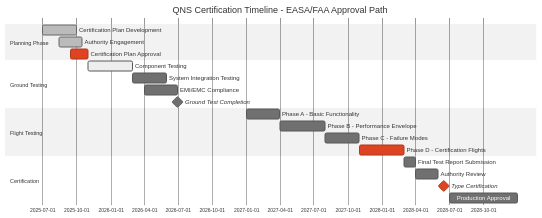
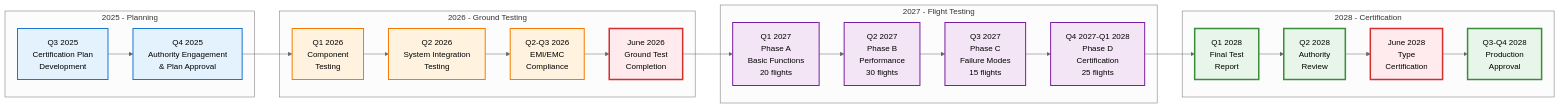
Before and after one commit to Robbbo-T/A-Q-U-A_V: the fifth of 7 diagrams in PRODUCT_LINES/QUANTUM/QUANTUM_SOFTWARE/DESIGN/QNS_NAVIGATION/DES_INTEGRATION/QUA-QNS01-25SVD0001-DES-BOB-IND-TD-QCSAA-918-000-00-01-TPL-DES-220-QIND-v1.0.0.md, drawn with Mermaid. The commit also changed other lines of this file, not shown here.

````diff
--- a/PRODUCT_LINES/QUANTUM/QUANTUM_SOFTWARE/DESIGN/QNS_NAVIGATION/DES_INTEGRATION/QUA-QNS01-25SVD0001-DES-BOB-IND-TD-QCSAA-918-000-00-01-TPL-DES-220-QIND-v1.0.0.md
+++ b/PRODUCT_LINES/QUANTUM/QUANTUM_SOFTWARE/DESIGN/QNS_NAVIGATION/DES_INTEGRATION/QUA-QNS01-25SVD0001-DES-BOB-IND-TD-QCSAA-918-000-00-01-TPL-DES-220-QIND-v1.0.0.md
@@ -418,28 +418,56 @@
 ```mermaid
-%%{init: {'theme':'neutral', 'gantt': {'numberSectionStyles': 4, 'fontSize': 12, 'fontFamily': 'Arial, sans-serif'}}}%%
-gantt
-    title QNS Certification Timeline - EASA/FAA Approval Path
-    dateFormat YYYY-MM-DD
-    section Planning Phase
-    Certification Plan Development     :done, plan1, 2025-07-01, 2025-09-30
-    Authority Engagement              :done, engage1, 2025-08-15, 2025-10-15
-    Certification Plan Approval       :crit, approval1, 2025-09-15, 2025-10-31
+%%{init: {'theme':'neutral', 'themeVariables': {'primaryTextColor':'#000', 'fontFamily':'Arial, sans-serif'}}}%%
+flowchart LR
+    subgraph "2025 - Planning"
+        A1[Q3 2025<br/>Certification Plan<br/>Development]
+        A2[Q4 2025<br/>Authority Engagement<br/>& Plan Approval]
+    end
     
-    section Ground Testing
-    Component Testing                 :active, test1, 2025-11-01, 2026-02-28
-    System Integration Testing        :test2, 2026-03-01, 2026-05-31
-    EMI/EMC Compliance               :test3, 2026-04-01, 2026-06-30
-    Ground Test Completion           :milestone, 2026-06-30, 0d
+    subgraph "2026 - Ground Testing"
+        B1[Q1 2026<br/>Component<br/>Testing]
+        B2[Q2 2026<br/>System Integration<br/>Testing]
+        B3[Q2-Q3 2026<br/>EMI/EMC<br/>Compliance]
+        B4[June 2026<br/>Ground Test<br/>Completion]
+    end
     
-    section Flight Testing
-    Phase A - Basic Functionality    :flight1, 2027-01-01, 2027-03-31
-    Phase B - Performance Envelope   :flight2, 2027-04-01, 2027-07-31
-    Phase C - Failure Modes         :flight3, 2027-08-01, 2027-10-31
-    Phase D - Certification Flights  :crit, flight4, 2027-11-01, 2028-02-29
+    subgraph "2027 - Flight Testing"
+        C1[Q1 2027<br/>Phase A<br/>Basic Functions<br/>20 flights]
+        C2[Q2 2027<br/>Phase B<br/>Performance<br/>30 flights]
+        C3[Q3 2027<br/>Phase C<br/>Failure Modes<br/>15 flights]
+        C4[Q4 2027-Q1 2028<br/>Phase D<br/>Certification<br/>25 flights]
+    end
     
-    section Certification
-    Final Test Report Submission     :cert1, 2028-03-01, 2028-03-31
-    Authority Review                 :cert2, 2028-04-01, 2028-05-31
-    Type Certification              :crit, milestone, cert3, 2028-06-01, 2028-06-30
-    Production Approval             :prod1, 2028-07-01, 2028-12-31
+    subgraph "2028 - Certification"
+        D1[Q1 2028<br/>Final Test<br/>Report]
+        D2[Q2 2028<br/>Authority<br/>Review]
+        D3[June 2028<br/>Type<br/>Certification]
+        D4[Q3-Q4 2028<br/>Production<br/>Approval]
+    end
+    
+    A1 --> A2
+    A2 --> B1
+    B1 --> B2
+    B2 --> B3
+    B3 --> B4
+    B4 --> C1
+    C1 --> C2
+    C2 --> C3
+    C3 --> C4
+    C4 --> D1
+    D1 --> D2
+    D2 --> D3
+    D3 --> D4
+    
+    %% Styling
+    classDef planning fill:#e3f2fd,stroke:#1976d2,stroke-width:2px,color:#000
+    classDef testing fill:#fff3e0,stroke:#f57c00,stroke-width:2px,color:#000
+    classDef flight fill:#f3e5f5,stroke:#7b1fa2,stroke-width:2px,color:#000
+    classDef cert fill:#e8f5e9,stroke:#388e3c,stroke-width:3px,color:#000
+    classDef milestone fill:#ffebee,stroke:#d32f2f,stroke-width:3px,color:#000
+    
+    class A1,A2 planning
+    class B1,B2,B3 testing
+    class C1,C2,C3,C4 flight
+    class D1,D2,D4 cert
+    class B4,D3 milestone
 ```
````
